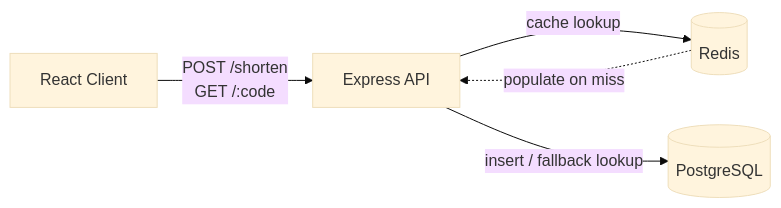
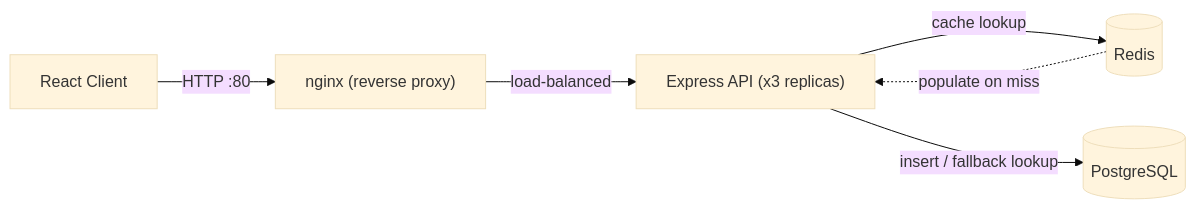
Before and after one commit to nevinmk/Short-ly: the diagram in README.md, drawn with Mermaid (base theme). The commit also changed other lines of this file, not shown here.

First line of the commit message:
docs: document the nginx/replica architecture and setup steps

````diff
--- a/README.md
+++ b/README.md
@@ -11,7 +11,8 @@
 ```mermaid
 flowchart LR
-    Client["React Client"] -->|"POST /shorten\nGET /:code"| API["Express API"]
+    Client["React Client"] -->|"HTTP :80"| Nginx["nginx (reverse proxy)"]
+    Nginx -->|"load-balanced"| API["Express API (x3 replicas)"]
     API -->|"cache lookup"| Redis[("Redis")]
     API -->|"insert / fallback lookup"| Postgres[("PostgreSQL")]
     Redis -.->|"populate on miss"| API
 ```
````
